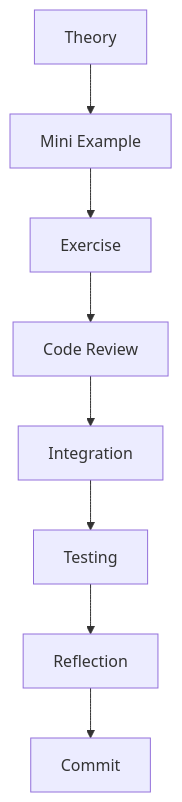
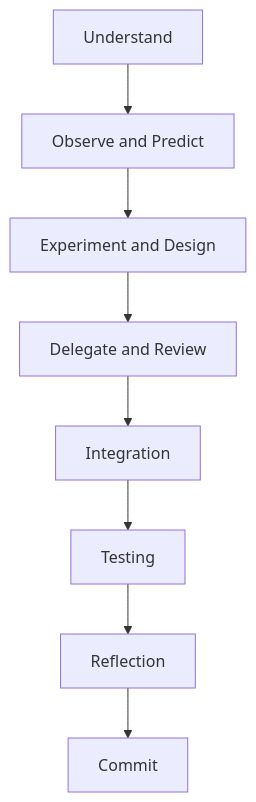
Before and after one commit to kienng221105/MathAgents_MATHK: diagram 12 of 14 in docs/04_PROJECT_STRUCTURE.md, drawn with Mermaid. The commit also changed other lines of this file, not shown here.

````diff
--- a/docs/04_PROJECT_STRUCTURE.md
+++ b/docs/04_PROJECT_STRUCTURE.md
@@ -384,10 +384,10 @@
 ```mermaid
 flowchart TD
- A["Theory"] --> B["Mini Example"]
- B --> C["Exercise"]
- C --> D["Code Review"]
+ A["Understand"] --> B["Observe and Predict"]
+ B --> C["Experiment and Design"]
+ C --> D["Delegate and Review"]
  D --> E["Integration"]
  E --> F["Testing"]
  F --> G["Reflection"]
  G --> H["Commit"]
 ```
````
